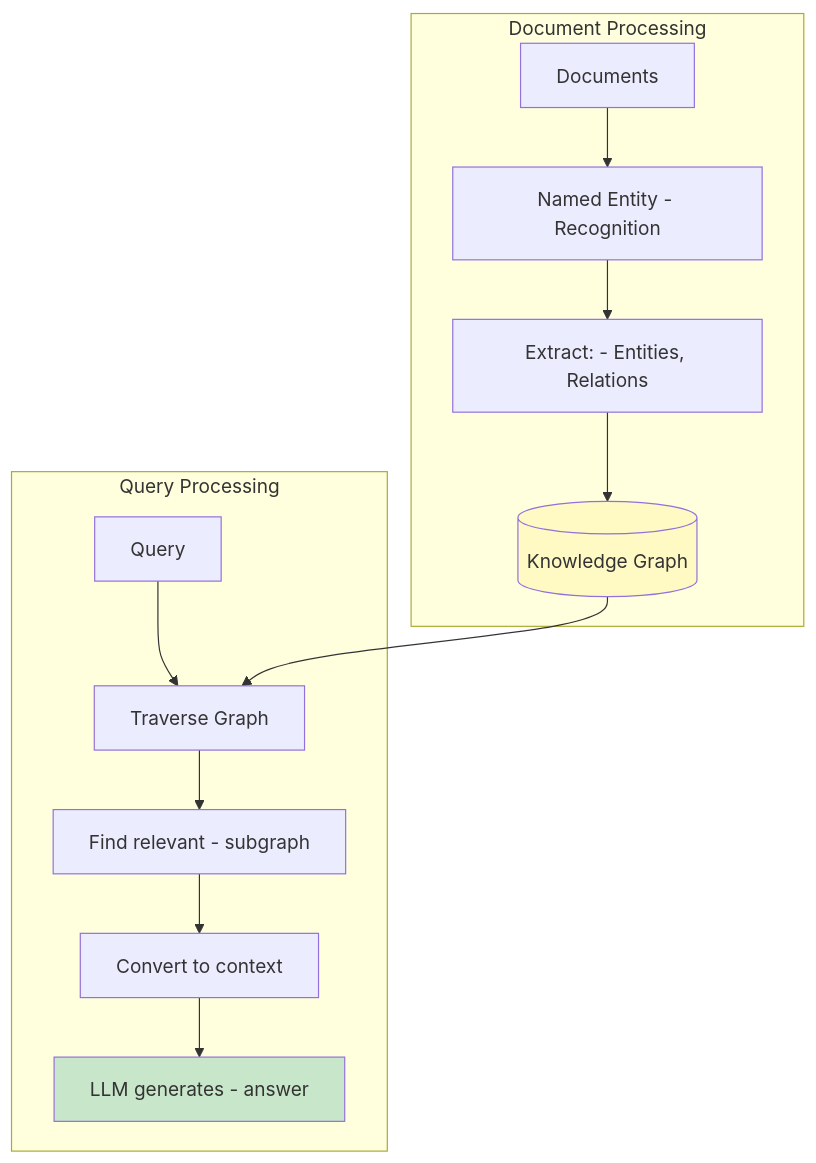
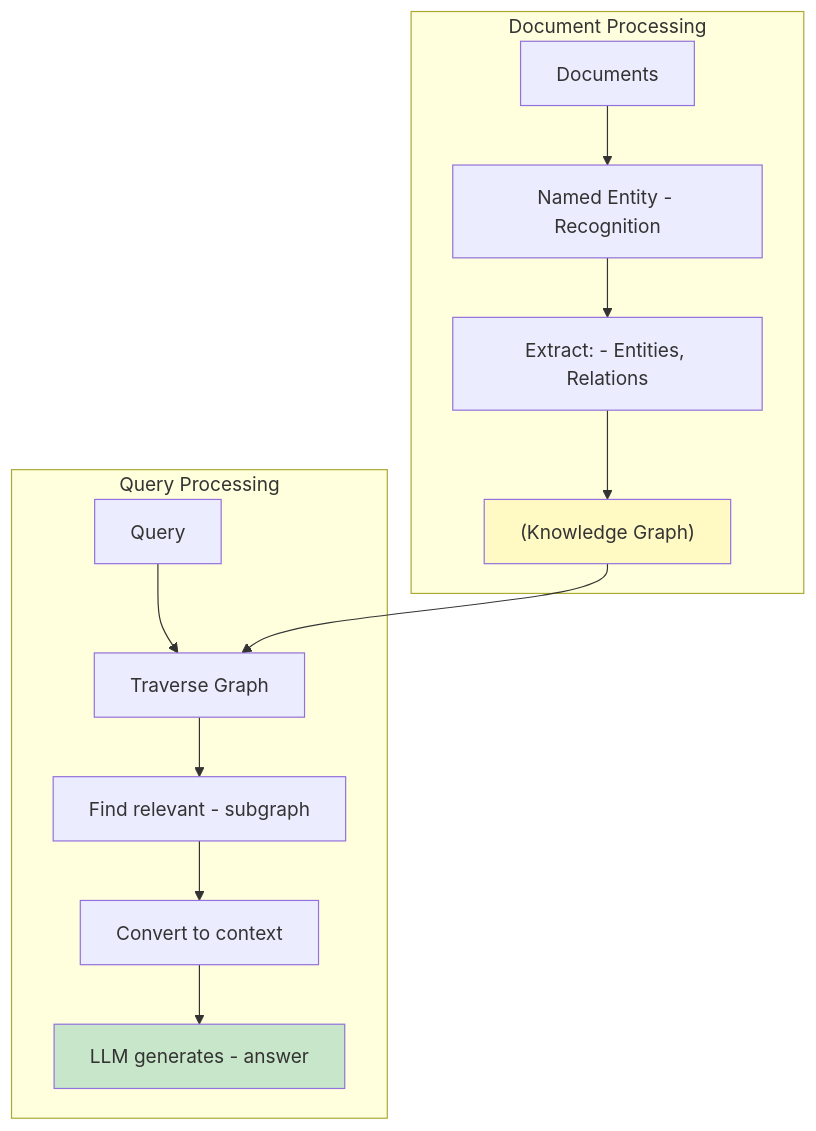
One commit to indhra/llm_rag_sec_findings changed the sixth of 10 diagrams in docs/learning/08-advanced-rag.md. Above: the diagram before and after it, drawn with Mermaid. The commit also changed other lines of this file and 9 other files, not shown here.

````diff
--- a/docs/learning/08-advanced-rag.md
+++ b/docs/learning/08-advanced-rag.md
@@ -265,19 +265,19 @@
 ```mermaid
 graph TB
     subgraph "Document Processing"
-        D[Documents] --> NER[Named Entity - Recognition]
-        NER --> E[Extract: - Entities, Relations]
-        E --> KG[(Knowledge Graph)]
+        D[Documents] --> NER["Named Entity - Recognition"]
+        NER --> E["Extract: - Entities, Relations"]
+        E --> KG["(Knowledge Graph)"]
     end
     
     subgraph "Query Processing"
         Q[Query] --> T[Traverse Graph]
         KG --> T
-        T --> SP[Find relevant - subgraph]
+        T --> SP["Find relevant - subgraph"]
         SP --> C[Convert to context]
-        C --> LLM[LLM generates - answer]
+        C --> LLM["LLM generates - answer"]
     end
     
     style KG fill:#fff9c4
     style LLM fill:#c8e6c9
 ```
````
